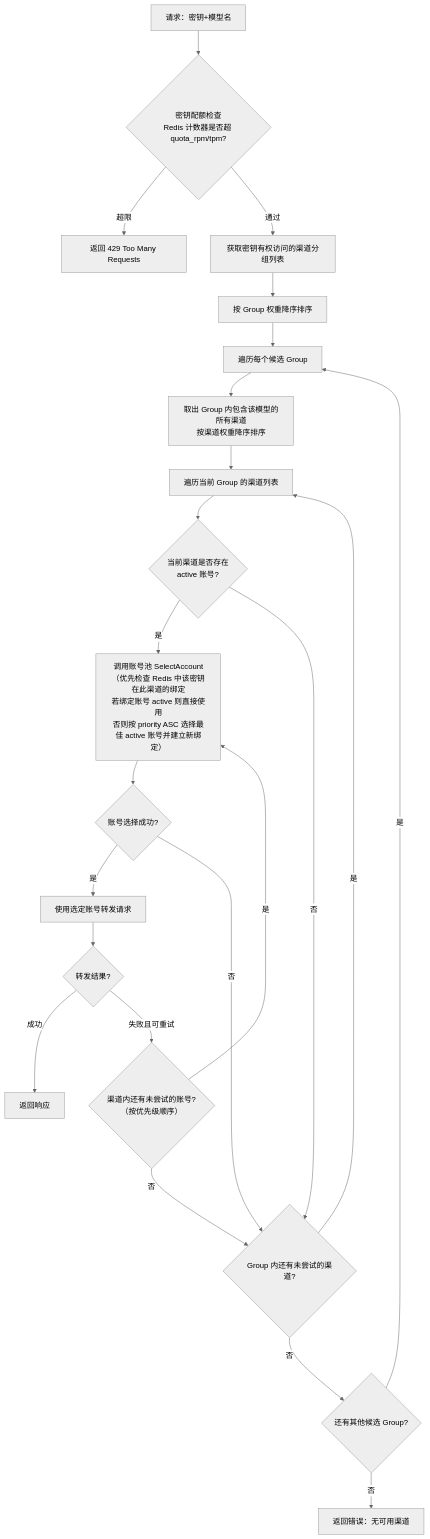
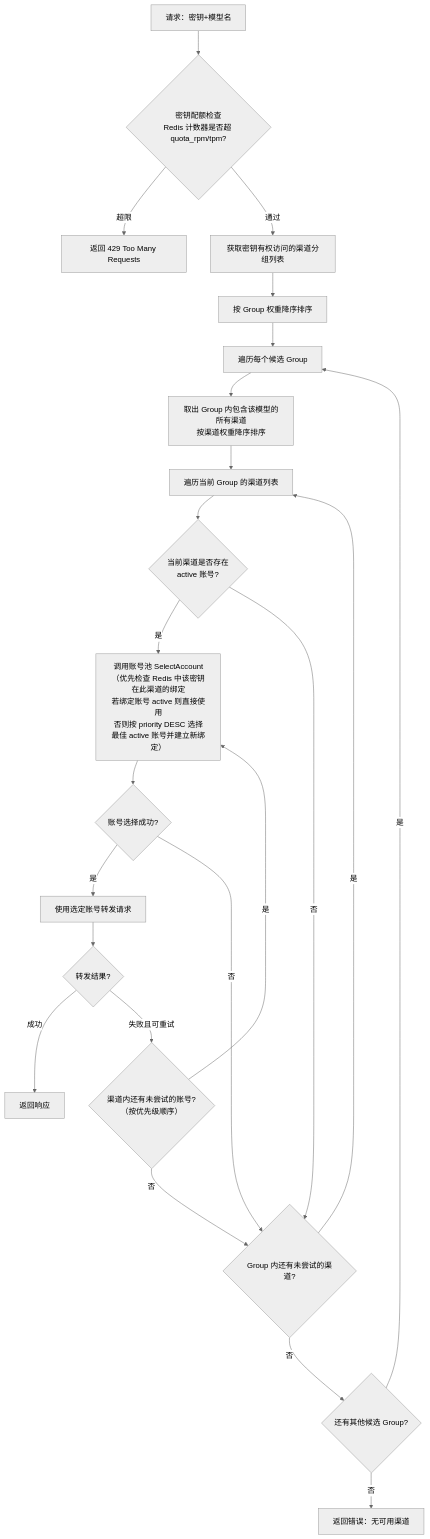
The fourth of 4 diagrams in docs/architecture/01-总体设计方案.md (silestar/AIGateway), drawn with Mermaid (neutral theme) before and after one commit. The commit also changed other lines of this file and 5 other files, not shown here.

````diff
--- a/docs/architecture/01-总体设计方案.md
+++ b/docs/architecture/01-总体设计方案.md
@@ -229,25 +229,25 @@
 ```mermaid
 flowchart TD
     Q[请求：密钥+模型名] --> QCheck{密钥配额检查<br>Redis 计数器是否超 quota_rpm/tpm?}
     QCheck -->|超限| R429[返回 429 Too Many Requests]
     QCheck -->|通过| A[获取密钥有权访问的渠道分组列表]
     A --> C[按 Group 权重降序排序]
     C --> D[遍历每个候选 Group]
     D --> E[取出 Group 内包含该模型的所有渠道<br>按渠道权重降序排序]
     E --> F[遍历当前 Group 的渠道列表]
     F --> G{当前渠道是否存在<br>active 账号?}
-    G -->|是| H[调用账号池 SelectAccount<br>（优先检查 Redis 中该密钥在此渠道的绑定<br>若绑定账号 active 则直接使用<br>否则按 priority ASC 选择最佳 active 账号并建立新绑定）]
+    G -->|是| H[调用账号池 SelectAccount<br>（优先检查 Redis 中该密钥在此渠道的绑定<br>若绑定账号 active 则直接使用<br>否则按 priority DESC 选择最佳 active 账号并建立新绑定）]
     H --> I{账号选择成功?}
     I -->|是| J[使用选定账号转发请求]
     J --> K{转发结果?}
     K -->|成功| L[返回响应]
     K -->|失败且可重试| M{渠道内还有未尝试的账号?<br>（按优先级顺序）}
     M -->|是| H
     M -->|否| N{Group 内还有未尝试的渠道?}
     N -->|是| F
     N -->|否| O{还有其他候选 Group?}
     O -->|是| D
     O -->|否| P[返回错误：无可用渠道]
     G -->|否| N
     I -->|否| N
 ```
````
